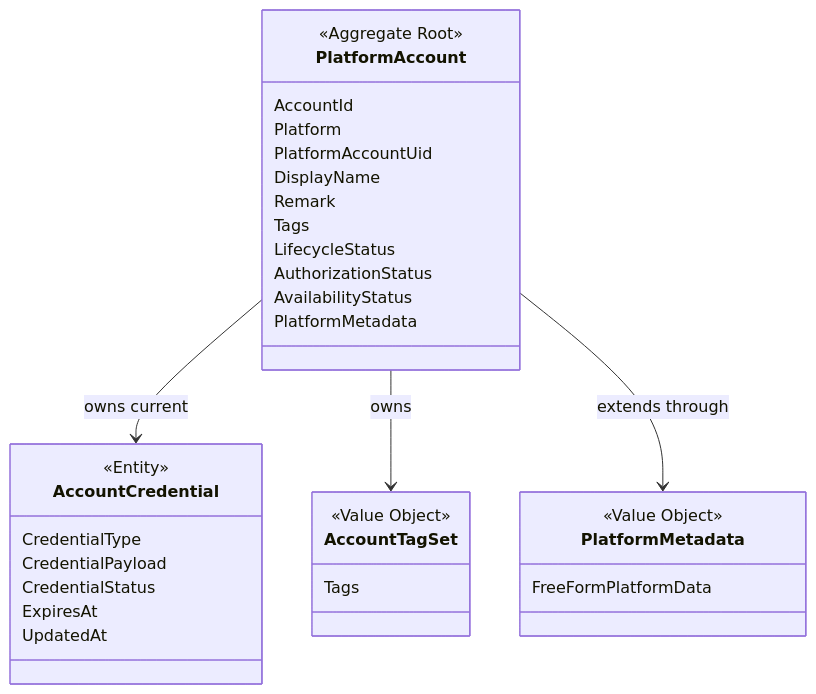
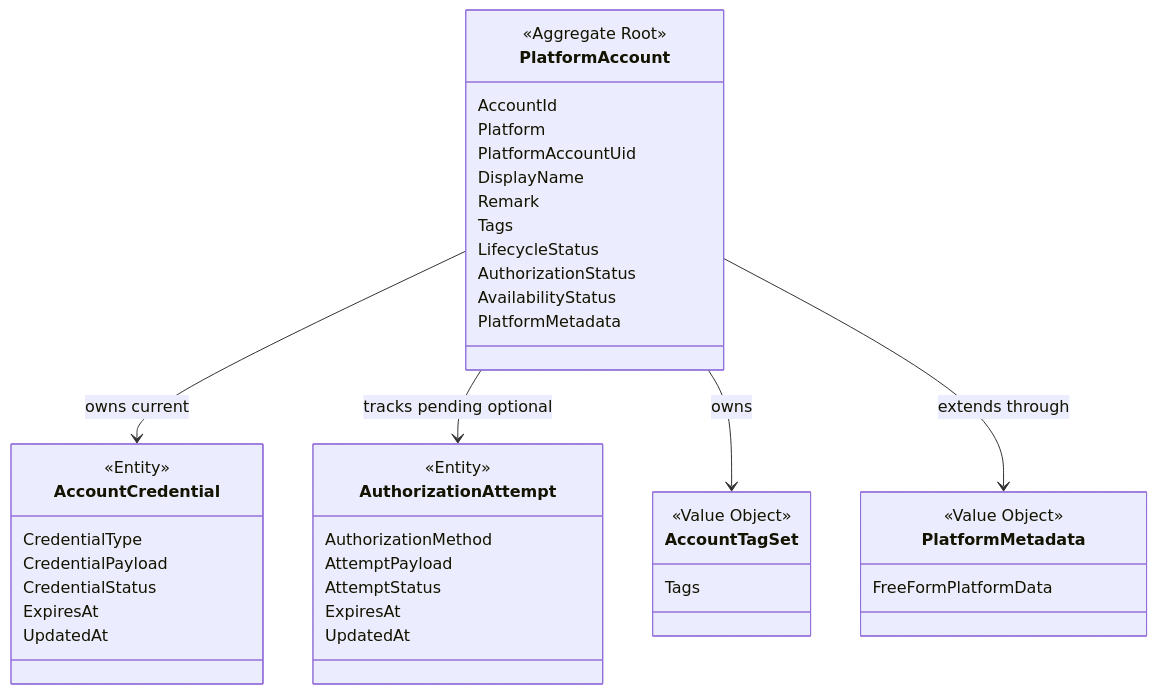
Before and after one commit to Time-Machine-Lab/CyberNomads: the first of 2 diagrams in docs/design/domain/Cybernomads账号池领域设计文档.md, drawn with Mermaid. The commit also changed other lines of this file, not shown here.

````diff
--- a/docs/design/domain/Cybernomads账号池领域设计文档.md
+++ b/docs/design/domain/Cybernomads账号池领域设计文档.md
@@ -36,39 +40,49 @@
 ```mermaid
 classDiagram
     class PlatformAccount {
         <<Aggregate Root>>
         AccountId
         Platform
         PlatformAccountUid
         DisplayName
         Remark
         Tags
         LifecycleStatus
         AuthorizationStatus
         AvailabilityStatus
         PlatformMetadata
     }
 
     class AccountCredential {
         <<Entity>>
         CredentialType
         CredentialPayload
         CredentialStatus
         ExpiresAt
         UpdatedAt
     }
 
+    class AuthorizationAttempt {
+        <<Entity>>
+        AuthorizationMethod
+        AttemptPayload
+        AttemptStatus
+        ExpiresAt
+        UpdatedAt
+    }
+
     class AccountTagSet {
         <<Value Object>>
         Tags
     }
 
     class PlatformMetadata {
         <<Value Object>>
         FreeFormPlatformData
     }
 
     PlatformAccount --> AccountCredential : owns current
+    PlatformAccount --> AuthorizationAttempt : tracks pending optional
     PlatformAccount --> AccountTagSet : owns
     PlatformAccount --> PlatformMetadata : extends through
 ```
````
